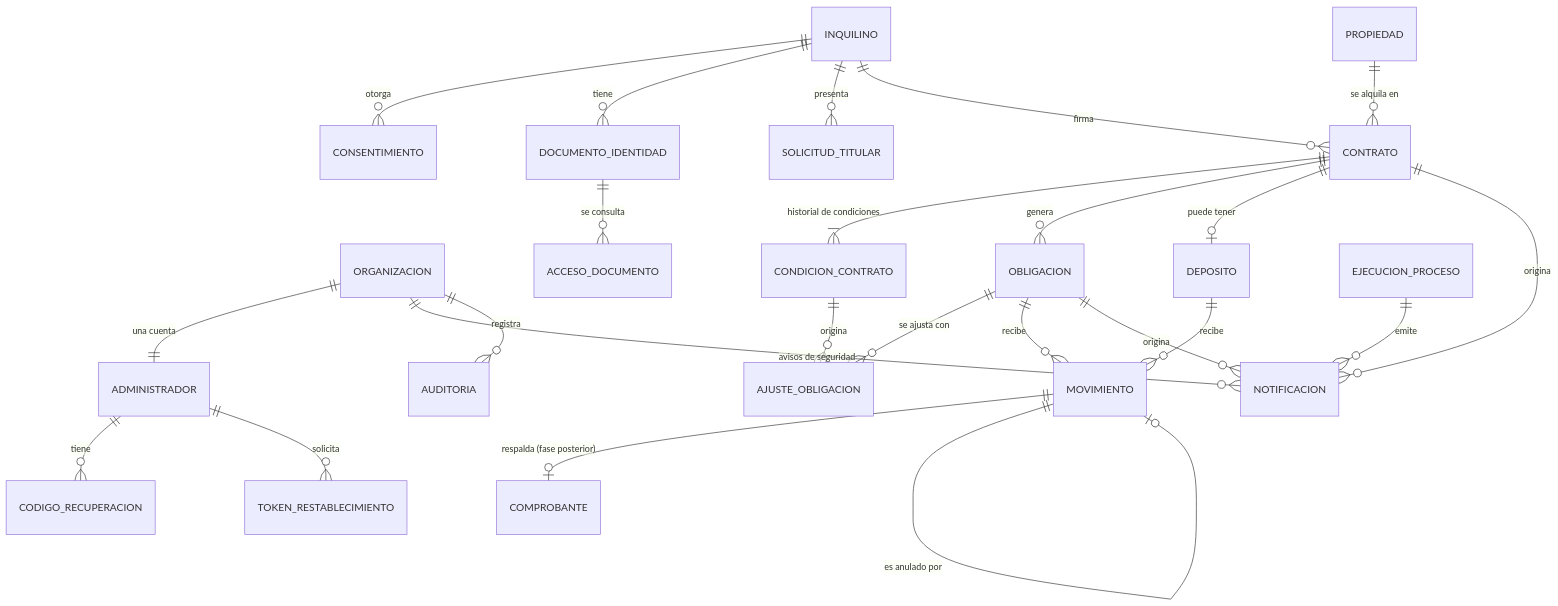
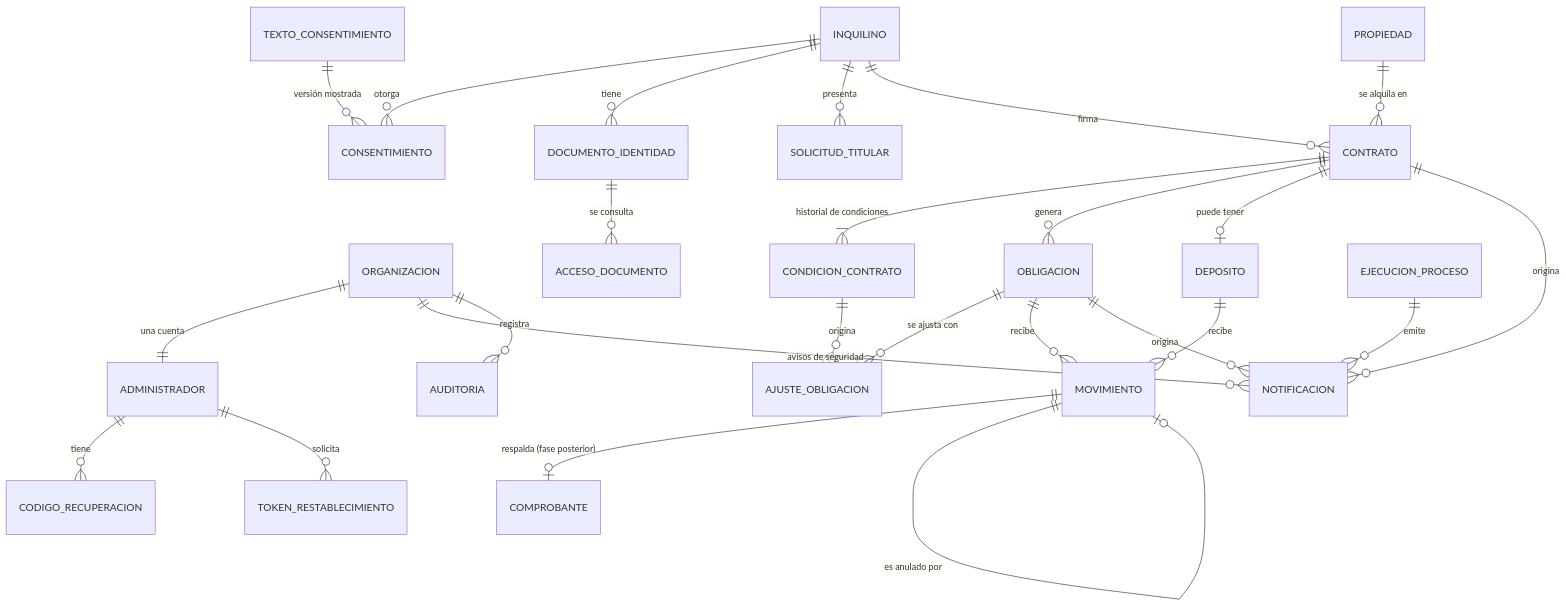
The diagram in DOC/fase-3-diseno-tecnico/MODELO_DATOS_SGA_001_v0.4_borrador.md (brandonC-developer/Apartment), drawn with Mermaid before and after one commit. The commit also changed other lines of this file and 19 other files, not shown here.

````diff
--- a/DOC/fase-3-diseno-tecnico/MODELO_DATOS_SGA_001_v0.4_borrador.md
+++ b/DOC/fase-3-diseno-tecnico/MODELO_DATOS_SGA_001_v0.4_borrador.md
@@ -52,26 +52,27 @@
 ```mermaid
 erDiagram
     ORGANIZACION ||--|| ADMINISTRADOR : "una cuenta"
     ADMINISTRADOR ||--o{ CODIGO_RECUPERACION : tiene
     ADMINISTRADOR ||--o{ TOKEN_RESTABLECIMIENTO : solicita
     INQUILINO ||--o{ CONSENTIMIENTO : otorga
+    TEXTO_CONSENTIMIENTO ||--o{ CONSENTIMIENTO : "versión mostrada"
     INQUILINO ||--o{ DOCUMENTO_IDENTIDAD : tiene
     DOCUMENTO_IDENTIDAD ||--o{ ACCESO_DOCUMENTO : "se consulta"
     INQUILINO ||--o{ SOLICITUD_TITULAR : presenta
     INQUILINO ||--o{ CONTRATO : "firma"
     PROPIEDAD ||--o{ CONTRATO : "se alquila en"
     CONTRATO ||--|{ CONDICION_CONTRATO : "historial de condiciones"
     CONTRATO ||--o{ OBLIGACION : genera
     CONTRATO ||--o| DEPOSITO : "puede tener"
     OBLIGACION ||--o{ AJUSTE_OBLIGACION : "se ajusta con"
     CONDICION_CONTRATO ||--o{ AJUSTE_OBLIGACION : origina
     OBLIGACION ||--o{ MOVIMIENTO : recibe
     DEPOSITO ||--o{ MOVIMIENTO : recibe
     MOVIMIENTO ||--o| COMPROBANTE : "respalda (fase posterior)"
     MOVIMIENTO ||--o| MOVIMIENTO : "es anulado por"
     OBLIGACION ||--o{ NOTIFICACION : origina
     CONTRATO ||--o{ NOTIFICACION : origina
     EJECUCION_PROCESO ||--o{ NOTIFICACION : emite
     ORGANIZACION ||--o{ NOTIFICACION : "avisos de seguridad"
     ORGANIZACION ||--o{ AUDITORIA : registra
 ```
````
